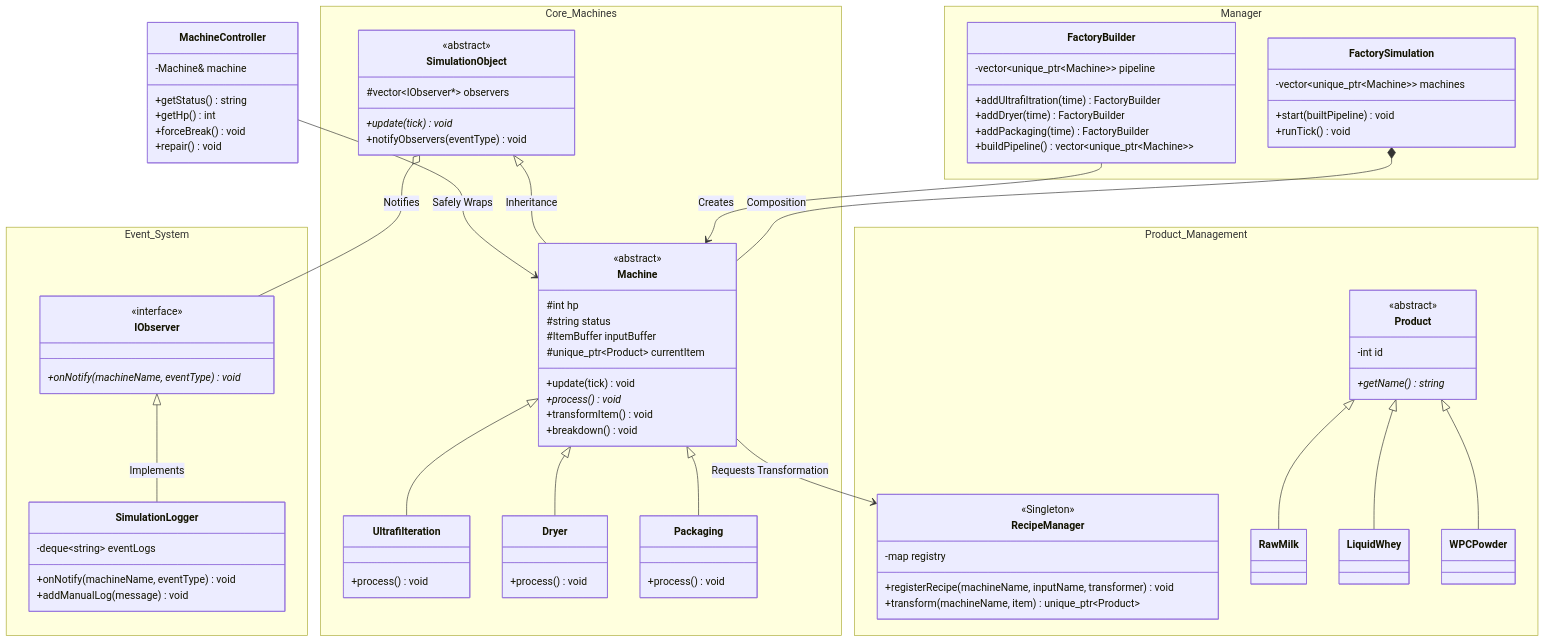
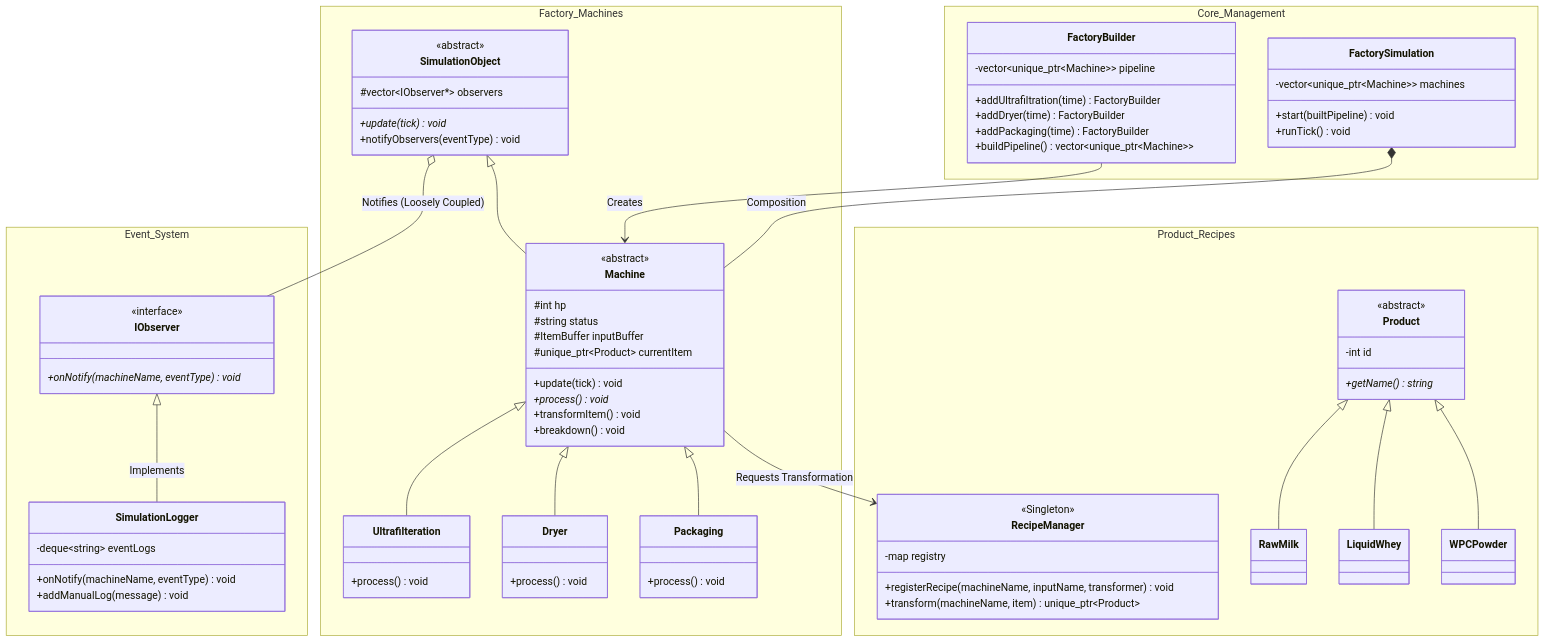
The diagram in README.md (dave3369/objo), drawn with Mermaid before and after one commit. The commit also changed other lines of this file, not shown here.

````diff
--- a/README.md
+++ b/README.md
@@ -91,7 +91,9 @@
 ```mermaid
 classDiagram
-    %% Core Simulation Management
-    namespace Manager {
+    direction TB
+
+    %% 1. 코어 시뮬레이션 관리 계층 
+    namespace Core_Management {
         class FactorySimulation {
             -vector~unique_ptr~Machine~~ machines
             +start(builtPipeline) void
@@ -106,7 +108,7 @@
         }
     }
 
-    %% Observer Pattern
+    %% 2. Observer Pattern
     namespace Event_System {
         class IObserver {
             <<interface>>
@@ -119,8 +121,8 @@
         }
     }
 
-    %% Core Hierarchy & Machines
-    namespace Core_Machines {
+    %% 3. 실제 공장 기계 도메인
+    namespace Factory_Machines {
         class SimulationObject {
             <<abstract>>
             #vector~IObserver*~ observers
@@ -143,8 +145,8 @@
         class Packaging { +process() void }
     }
 
-    %% OCP & Inventory
-    namespace Product_Management {
+    %% 4. 기계와 제품 생성을 분리하는 레시피 계층 (OCP)
+    namespace Product_Recipes {
         class RecipeManager {
             <<Singleton>>
             -map registry
@@ -161,30 +163,26 @@
         class WPCPowder
     }
 
-    %% Decoupled UI Wrapper
-    class MachineController {
-        -Machine& machine
-        +getStatus() string
-        +getHp() int
-        +forceBreak() void
-        +repair() void
-    }
-
     %% Relationships
+    
+    %% 생성과 사용의 분리 (Decoupling Management)
     FactorySimulation *-- Machine : Composition
     FactoryBuilder --> Machine : Creates
-    SimulationObject <|-- Machine : Inheritance
+
+    %% 로직과 알림의 분리 (Decoupling Logic from Logging)
+    SimulationObject o-- IObserver : Notifies (Loosely Coupled)
+    IObserver <|-- SimulationLogger : Implements
+
+    %% 기계와 제품 변환의 분리 (Decoupling Machine from Product)
+    Machine --> RecipeManager : Requests Transformation
+    
+    %% 상속 트리 (Inheritance Trees)
+    SimulationObject <|-- Machine
     Machine <|-- Ultrafilteration
     Machine <|-- Dryer
     Machine <|-- Packaging
-    
-    SimulationObject o-- IObserver : Notifies
-    IObserver <|-- SimulationLogger : Implements
-    
-    Machine --> RecipeManager : Requests Transformation
+
     Product <|-- RawMilk
     Product <|-- LiquidWhey
     Product <|-- WPCPowder
-    
-    MachineController --> Machine : Safely Wraps
 ```
````
